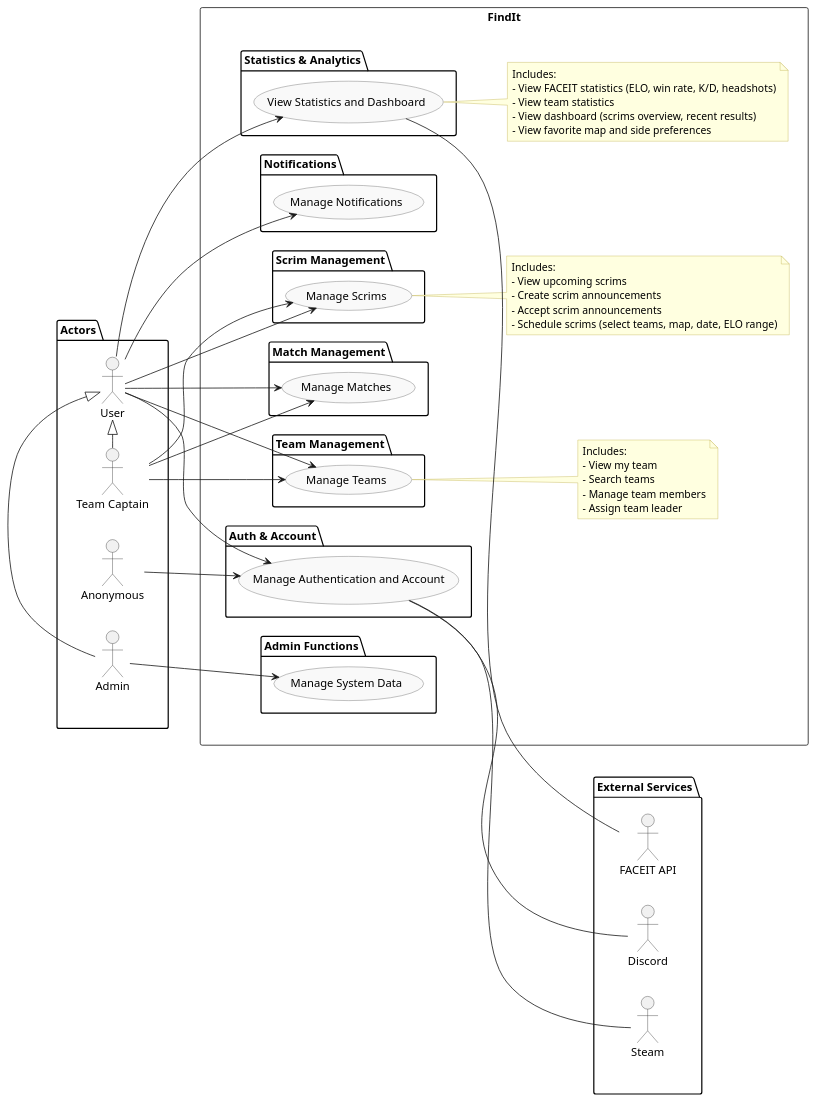
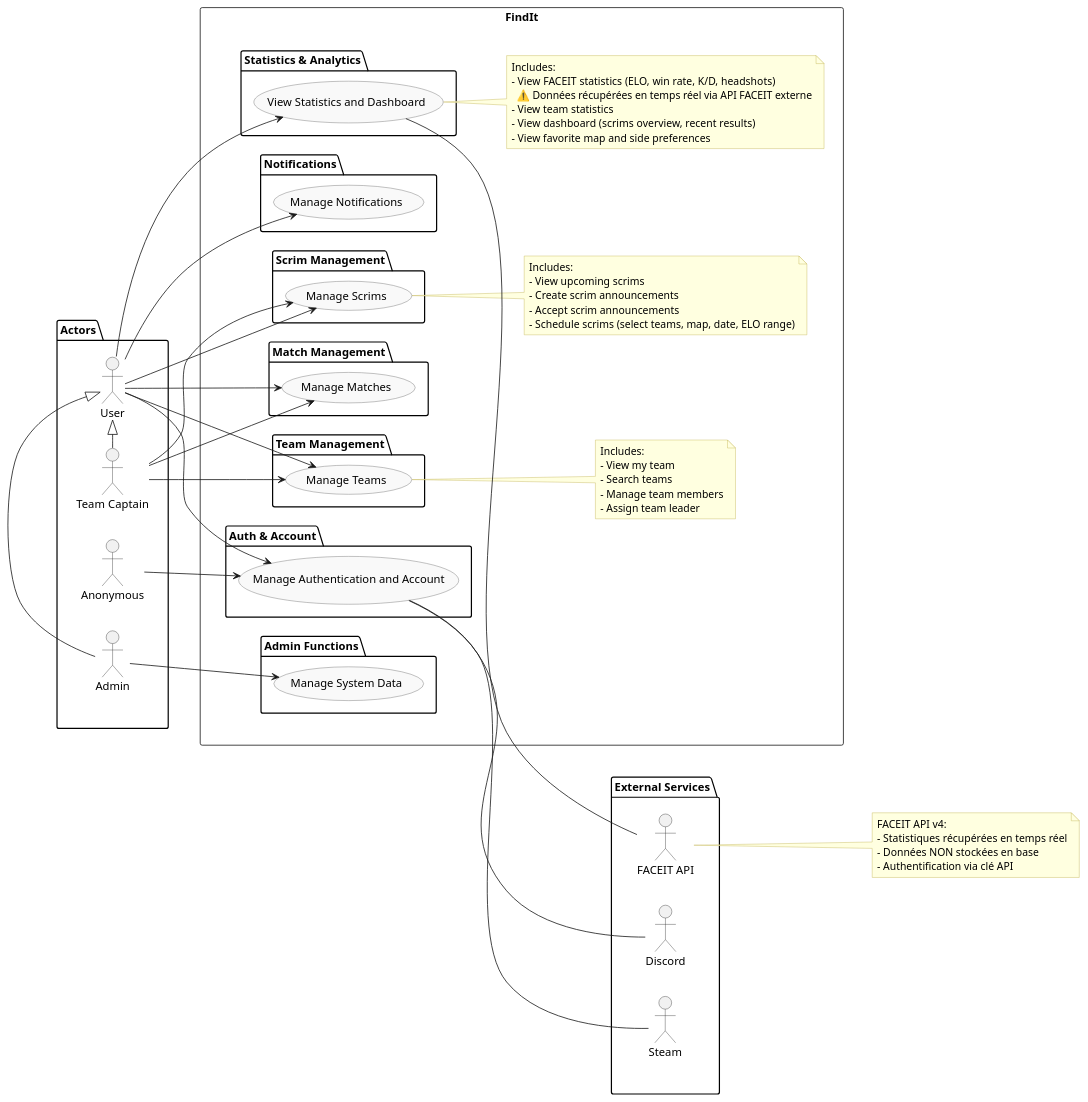
The diagram in apps/documentation/use-cases/USE_CASE_DIAGRAM.puml (kenant68/Find-It), drawn with PlantUML before and after one commit. The commit also changed 6 other files, not shown here.

```diff
--- a/apps/documentation/use-cases/USE_CASE_DIAGRAM.puml
+++ b/apps/documentation/use-cases/USE_CASE_DIAGRAM.puml
@@ -1,108 +1,116 @@
 @startuml
 
 left to right direction
 
 skinparam usecaseBackgroundColor #f9f9f9
 skinparam usecaseBorderColor #666666
 skinparam actorBorderColor #333333
 skinparam noteBackgroundColor #ffffe0
 skinparam noteBorderColor #bfb24d
 
 ' === Actors ===
 package "Actors" as ACT {
   actor "Anonymous" as Anon
   actor "User" as User
   actor "Team Captain" as Captain
   actor "Admin" as Admin
 
   Captain -|> User
   Admin -|> User
 }
 
 ' === System ===
 rectangle FindIt {
   package "Auth & Account" as A {
     (Manage Authentication and Account) as UC_AUTH
   }
 
   package "Team Management" as B {
     (Manage Teams) as UC_TEAMS
   }
 
   package "Scrim Management" as C {
     (Manage Scrims) as UC_SCRIMS
   }
 
   package "Match Management" as D {
     (Manage Matches) as UC_MATCHES
   }
 
   package "Notifications" as E {
     (Manage Notifications) as UC_NOTIFICATIONS
   }
 
   package "Statistics & Analytics" as F {
     (View Statistics and Dashboard) as UC_STATS
   }
 
   package "Admin Functions" as G {
     (Manage System Data) as UC_ADMIN
   }
 
   note right of UC_TEAMS
   Includes:
   - View my team
   - Search teams
   - Manage team members
   - Assign team leader
   end note
 
   note right of UC_SCRIMS
   Includes:
   - View upcoming scrims
   - Create scrim announcements
   - Accept scrim announcements
   - Schedule scrims (select teams, map, date, ELO range)
   end note
 
   note right of UC_STATS
   Includes:
   - View FACEIT statistics (ELO, win rate, K/D, headshots)
+    ⚠️ Données récupérées en temps réel via API FACEIT externe
   - View team statistics
   - View dashboard (scrims overview, recent results)
   - View favorite map and side preferences
   end note
 }
 
 ' === External Services ===
 package "External Services" as EXT {
   actor "FACEIT API" as Faceit
   actor "Steam" as Steam
   actor "Discord" as Discord
 }
+
+note right of Faceit
+  FACEIT API v4:
+  - Statistiques récupérées en temps réel
+  - Données NON stockées en base
+  - Authentification via clé API
+end note
 
 ACT -[hidden]-> FindIt
 FindIt -[hidden]-> EXT
 
 ' === Actor links ===
 Anon --> UC_AUTH
 
 User --> UC_AUTH
 User --> UC_TEAMS
 User --> UC_SCRIMS
 User --> UC_MATCHES
 User --> UC_NOTIFICATIONS
 User --> UC_STATS
 
 Captain --> UC_TEAMS
 Captain --> UC_SCRIMS
 Captain --> UC_MATCHES
 
 Admin --> UC_ADMIN
 
 ' === Integrations ===
 UC_STATS -right- Faceit
 UC_AUTH -right- Steam
 UC_AUTH -right- Discord
 
 @enduml
```
